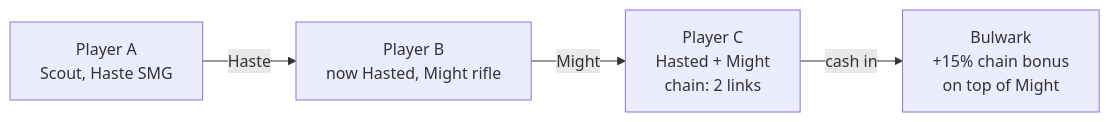
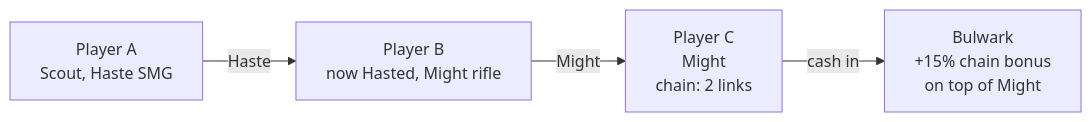
Before and after one commit to nvmsocool/FriendlyPersonShooter: the second of 3 diagrams in Docs/GameDesignDocument.md, drawn with Mermaid. The commit also changed other lines of this file and 2 other files, not shown here.

First line of the commit message:
Metrics track connections, not reused network ids; -fps-approach flag; doc chain rules

````diff
--- a/Docs/GameDesignDocument.md
+++ b/Docs/GameDesignDocument.md
@@ -119,6 +119,6 @@
 ```mermaid
 flowchart LR
     A["Player A<br/>Scout, Haste SMG"] -- Haste --> B["Player B<br/>now Hasted, Might rifle"]
-    B -- Might --> C["Player C<br/>Hasted + Might<br/>chain: 2 links"]
+    B -- Might --> C["Player C<br/>Might<br/>chain: 2 links"]
     C -- cash in --> E["Bulwark<br/>+15% chain bonus<br/>on top of Might"]
 ```
````
